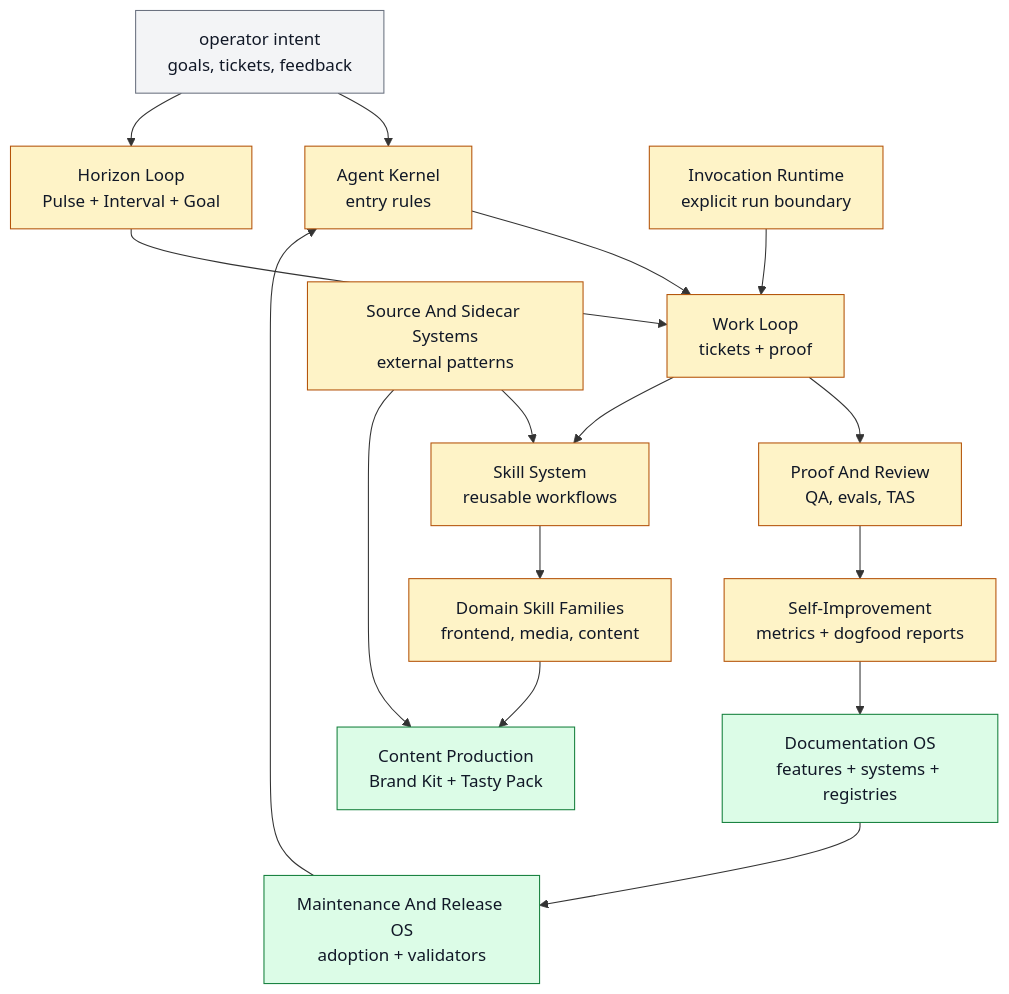
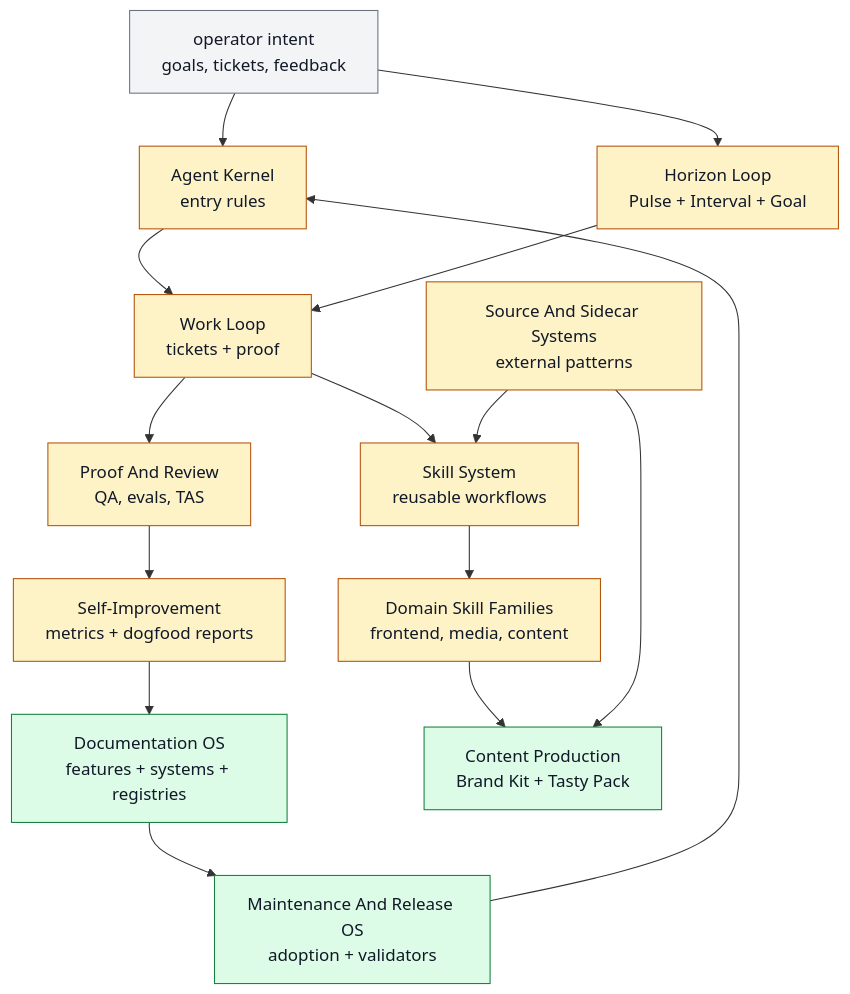
The diagram in docs/systems/README.md (ZanarkandTechnologies/Farplane), drawn with Mermaid before and after one commit. The commit also changed other lines of this file and 54 other files, not shown here.

Commit message:
refactor(runtime): remove unused invocation binaries

````diff
--- a/docs/systems/README.md
+++ b/docs/systems/README.md
@@ -47,29 +47,27 @@
 ```mermaid
 flowchart TD
   classDef keep fill:#f3f4f6,stroke:#6b7280,color:#111827
   classDef changed fill:#fef3c7,stroke:#b45309,color:#111827
   classDef added fill:#dcfce7,stroke:#15803d,color:#111827
 
   operator["operator intent<br/>goals, tickets, feedback"]:::keep
   kernel["Agent Kernel<br/>entry rules"]:::changed
   work["Work Loop<br/>tickets + proof"]:::changed
   horizon["Horizon Loop<br/>Pulse + Interval + Goal"]:::changed
   skills["Skill System<br/>reusable workflows"]:::changed
   proof["Proof And Review<br/>QA, evals, TAS"]:::changed
   learn["Self-Improvement<br/>metrics + dogfood reports"]:::changed
   docs["Documentation OS<br/>features + systems + registries"]:::added
   release["Maintenance And Release OS<br/>adoption + validators"]:::added
   sources["Source And Sidecar Systems<br/>external patterns"]:::changed
   domain["Domain Skill Families<br/>frontend, media, content"]:::changed
   content["Content Production<br/>Brand Kit + Tasty Pack"]:::added
-  invoke["Invocation Runtime<br/>explicit run boundary"]:::changed
 
   operator --> kernel --> work --> proof
   operator --> horizon --> work
   work --> skills --> domain --> content
   sources --> skills
   sources --> content
   proof --> learn --> docs
   docs --> release --> kernel
-  invoke --> work
 ```
````
